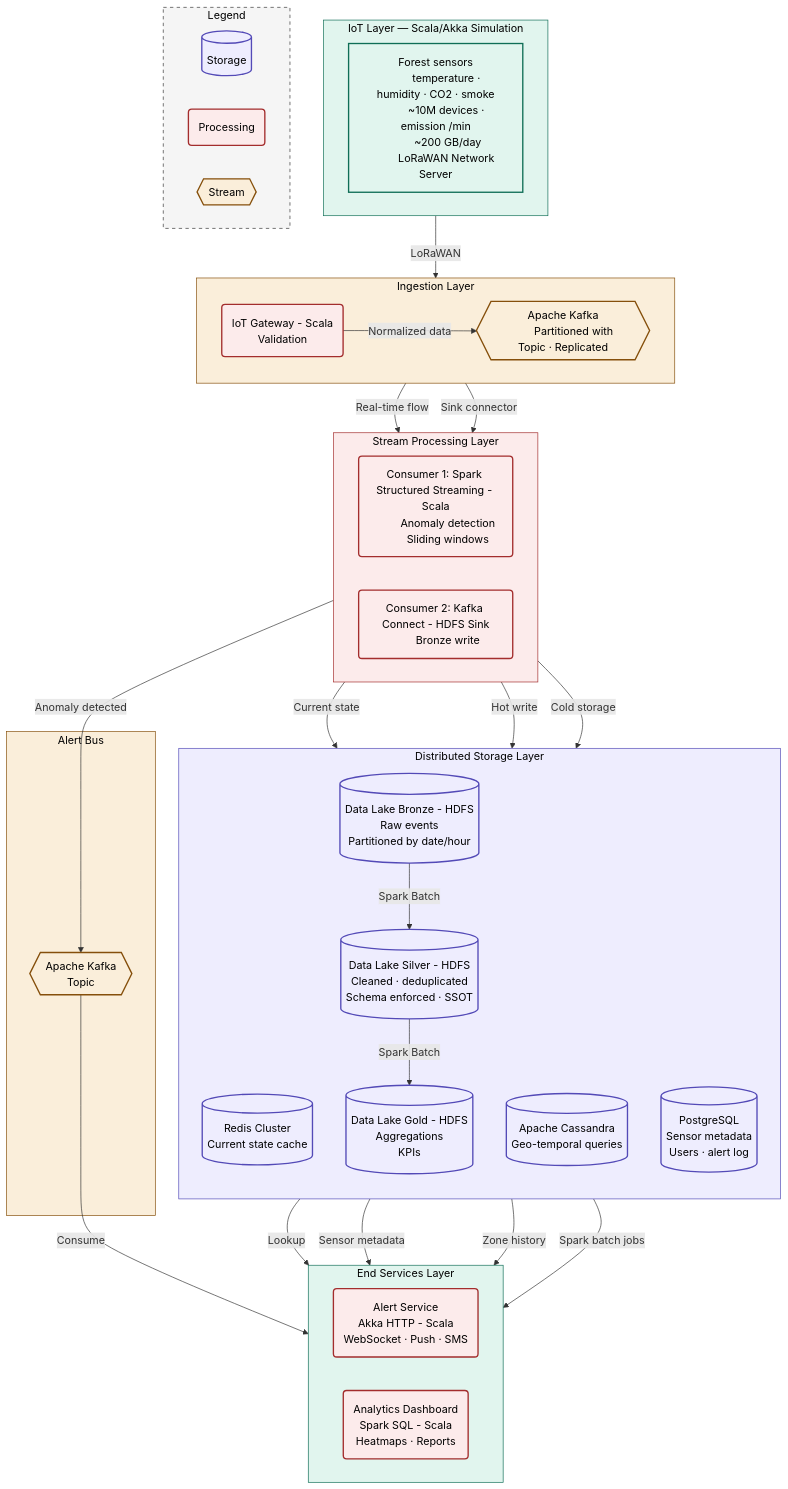
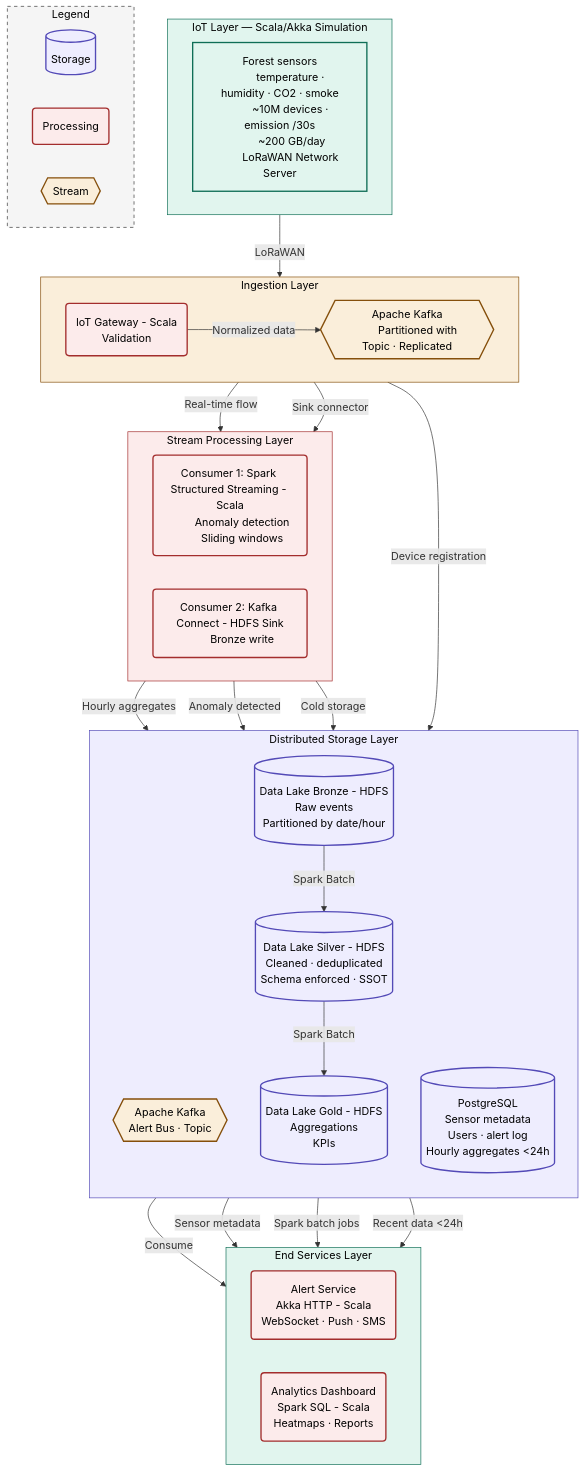
One commit to Pauwit/introduction-au-data-engineering changed the diagram in diagram.mermaid. Above: the diagram before and after it, drawn with Mermaid. The commit also changed 2 other files, not shown here.

```diff
--- a/diagram.mermaid
+++ b/diagram.mermaid
@@ -1,90 +1,83 @@
 flowchart TB
  subgraph IOT["IoT Layer — Scala/Akka Simulation"]
     direction LR
         GEN["Forest sensors
         temperature · humidity · CO2 · smoke
-        ~10M devices · emission /min
+        ~10M devices · emission /30s
         ~200 GB/day
         LoRaWAN Network Server"]:::source
  end
  subgraph INGESTION["Ingestion Layer"]
     direction LR
         GW("IoT Gateway - Scala
         Validation"):::process
         KAFKA{{"Apache Kafka
         Partitioned with Topic · Replicated"}}:::stream
   end
  subgraph PROCESSING["Stream Processing Layer"]
     direction LR
         C1K("Consumer 1: Spark Structured Streaming - Scala
         Anomaly detection
         Sliding windows"):::process
         C2K("Consumer 2: Kafka Connect - HDFS Sink
         Bronze write"):::process
   end
- subgraph ALERTBUS["Alert Bus"]
-        KAFKA_ALERT{{"Apache Kafka
-        Topic"}}:::stream
-  end
  subgraph STORAGE["Distributed Storage Layer"]
     direction TB
-        REDIS[("Redis Cluster
-        Current state cache")]:::storage
-        CASSANDRA[("Apache Cassandra
-        Geo-temporal queries")]:::storage
+        KAFKA_ALERT{{"Apache Kafka
+        Alert Bus · Topic"}}:::stream
         BRONZE[("Data Lake Bronze - HDFS
         Raw events
         Partitioned by date/hour")]:::storage
         SILVER[("Data Lake Silver - HDFS
         Cleaned · deduplicated
         Schema enforced · SSOT")]:::storage
         GOLD[("Data Lake Gold - HDFS
         Aggregations
         KPIs")]:::storage
         PG[("PostgreSQL
         Sensor metadata
-        Users · alert log")]:::storage
+        Users · alert log
+        Hourly aggregates &lt;24h")]:::storage
         BRONZE -- Spark Batch --> SILVER
         SILVER -- Spark Batch --> GOLD
   end
  subgraph SERVICES["End Services Layer"]
     direction LR
         ALERT("Alert Service
         Akka HTTP - Scala
         WebSocket · Push · SMS"):::process
         ANALYTICS("Analytics Dashboard
         Spark SQL - Scala
         Heatmaps · Reports"):::process
   end
  subgraph LEGEND["Legend"]
     direction LR
         L_S[("Storage")]:::storage
         L_P("Processing"):::process
         L_ST{{"Stream"}}:::stream
   end
     GEN -- LoRaWAN --> GW
     GW -- Normalized data --> KAFKA
+    GW -- Device registration --> PG
     KAFKA -- Real-time flow --> C1K
     KAFKA -- Sink connector --> C2K
-    C1K -- Current state --> REDIS
-    C1K -- Hot write --> CASSANDRA
+    C1K -- Hourly aggregates --> PG
     C1K -- Anomaly detected --> KAFKA_ALERT
     C2K -- Cold storage --> BRONZE
     KAFKA_ALERT -- Consume --> ALERT
-    REDIS -- Lookup --> ALERT
     PG -- Sensor metadata --> ALERT
-    CASSANDRA -- Zone history --> ANALYTICS
     GOLD -- Spark batch jobs --> ANALYTICS
+    PG -- Recent data &lt;24h --> ANALYTICS
 
     classDef storage fill:#eeedfe,stroke:#534ab7,stroke-width:2px,color:#000
     classDef process fill:#fcebeb,stroke:#a32d2d,stroke-width:2px,color:#000
     classDef stream fill:#faeeda,stroke:#854f0b,stroke-width:2px,color:#000
     classDef source fill:#e1f5ee,stroke:#0f6e56,stroke-width:2px,color:#000
 
     style IOT fill:#e1f5ee,stroke:#0f6e56,color:#000
     style INGESTION fill:#faeeda,stroke:#854f0b,color:#000
     style PROCESSING fill:#fcebeb,stroke:#a32d2d,color:#000
-    style ALERTBUS fill:#faeeda,stroke:#854f0b,color:#000
     style STORAGE fill:#eeedfe,stroke:#534ab7,color:#000
     style SERVICES fill:#e1f5ee,stroke:#0f6e56,color:#000
     style LEGEND fill:#f5f5f5,stroke:#333,stroke-dasharray: 5 5,color:#000
```
